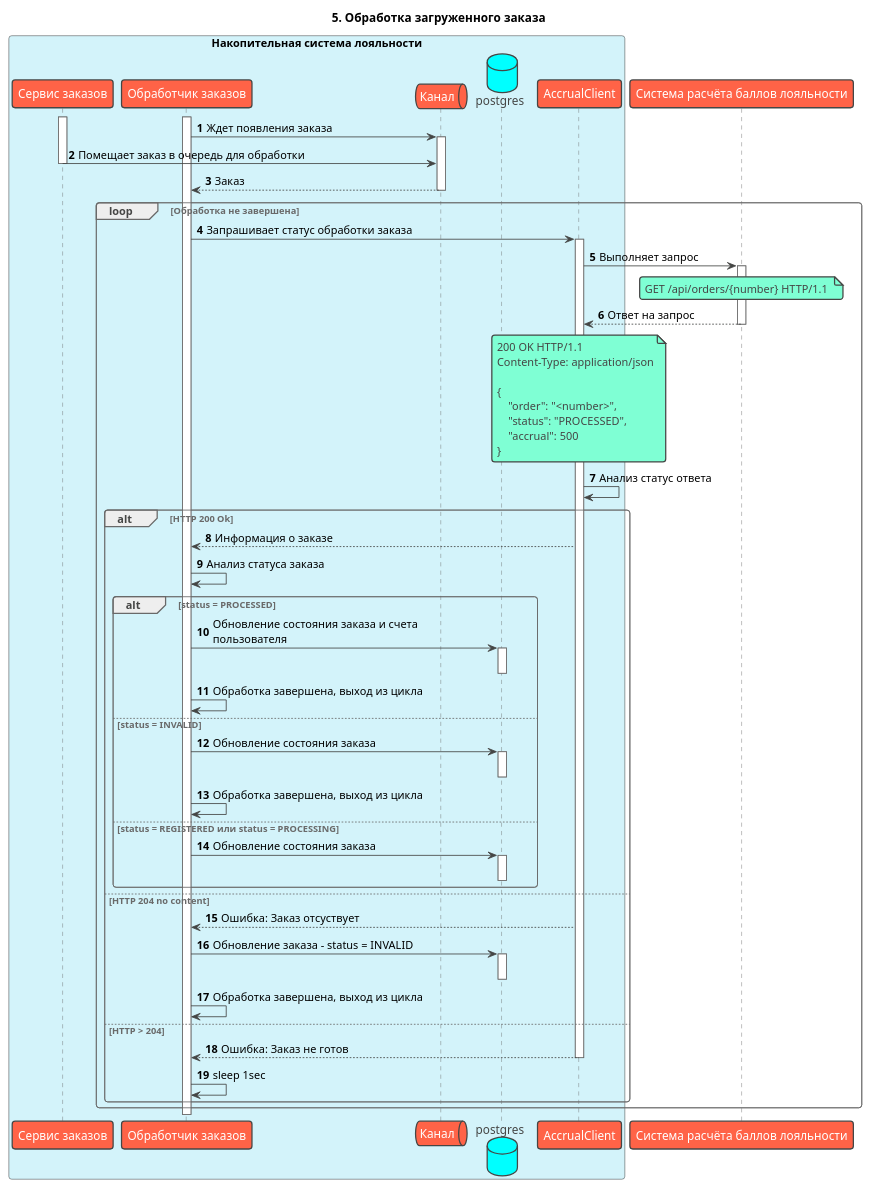
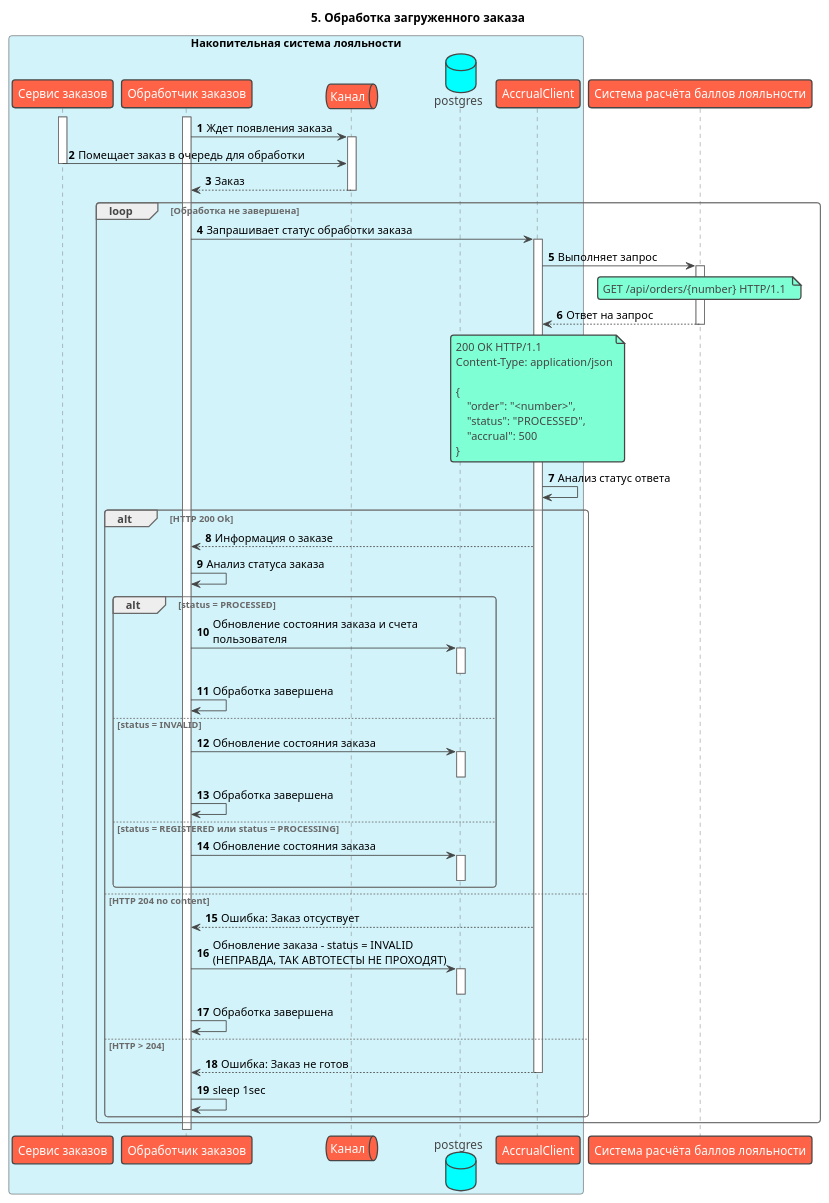
Before and after one commit to Nickolasll/gomart: the diagram in docs/c4/4_code/5_processing_order.puml, drawn with PlantUML. The commit also changed 2 other files, not shown here.

```diff
--- a/docs/c4/4_code/5_processing_order.puml
+++ b/docs/c4/4_code/5_processing_order.puml
@@ -1,68 +1,68 @@
 @startuml
 !theme vibrant
 title: 5. Обработка загруженного заказа
 skinparam maxMessageSize 300
 autonumber
 
 box "Накопительная система лояльности" #d3f3fa
 participant "Сервис заказов" as order
 participant "Обработчик заказов" as worker
 queue "Канал" as queue
 database "postgres" as db
 participant "AccrualClient" as accrual_client
 end box
 
 participant "Система расчёта баллов лояльности" as accrual
 
 activate order
 activate worker
 worker -> queue ++ : Ждет появления заказа
 order -> queue: Помещает заказ в очередь для обработки
 deactivate order
 queue --> worker: Заказ
 deactivate queue
 loop Обработка не завершена
     worker -> accrual_client ++ : Запрашивает статус обработки заказа
     accrual_client -> accrual ++ : Выполняет запрос
     note over accrual
         GET /api/orders/{number} HTTP/1.1 
     end note
     return Ответ на запрос
     note over accrual_client
     200 OK HTTP/1.1
     Content-Type: application/json
     
     {
         "order": "<number>",
         "status": "PROCESSED",
         "accrual": 500
     }
     end note   
     accrual_client -> accrual_client: Анализ статус ответа
     alt HTTP 200 Ok
         accrual_client --> worker : Информация о заказе
         worker -> worker: Анализ статуса заказа
         alt status = PROCESSED
             worker -> db ++ : Обновление состояния заказа и счета пользователя
             deactivate db
-            worker -> worker: Обработка завершена, выход из цикла
+            worker -> worker: Обработка завершена
         else status = INVALID
             worker -> db ++ : Обновление состояния заказа
             deactivate db
-            worker -> worker: Обработка завершена, выход из цикла
+            worker -> worker: Обработка завершена
         else status = REGISTERED или status = PROCESSING
             worker -> db ++ : Обновление состояния заказа
             deactivate db
         end
     else HTTP 204 no content
         accrual_client --> worker : Ошибка: Заказ отсуствует
-        worker -> db ++ : Обновление заказа - status = INVALID
+        worker -> db ++ : Обновление заказа - status = INVALID (НЕПРАВДА, ТАК АВТОТЕСТЫ НЕ ПРОХОДЯТ)
         deactivate db
-        worker -> worker: Обработка завершена, выход из цикла
+        worker -> worker: Обработка завершена
     else HTTP > 204
         accrual_client --> worker : Ошибка: Заказ не готов
         deactivate accrual_client
         worker -> worker: sleep 1sec
     end
 end loop
 @enduml
```
